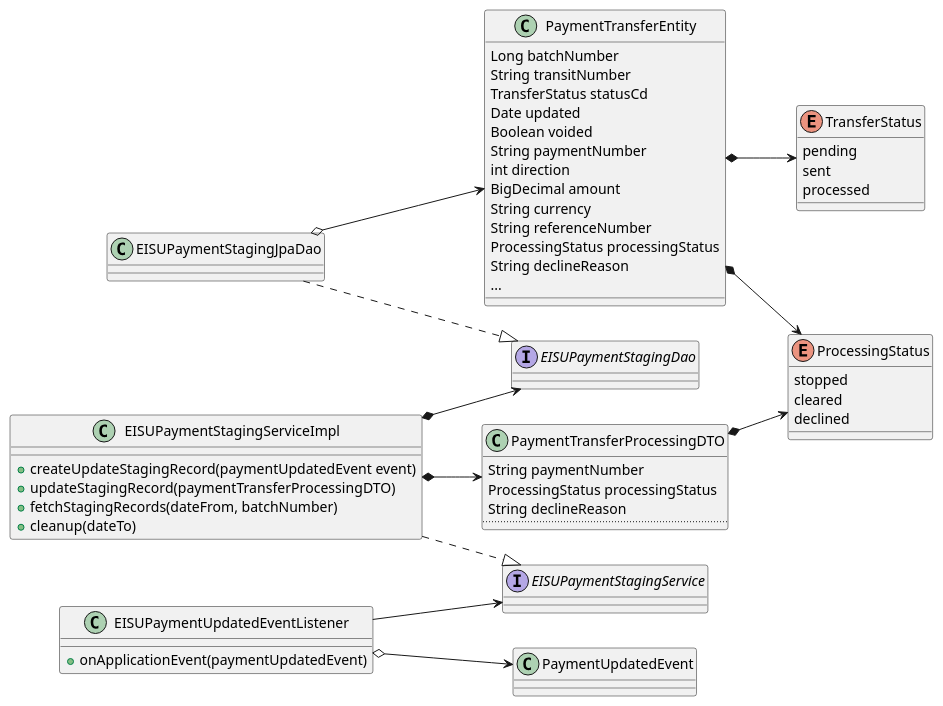
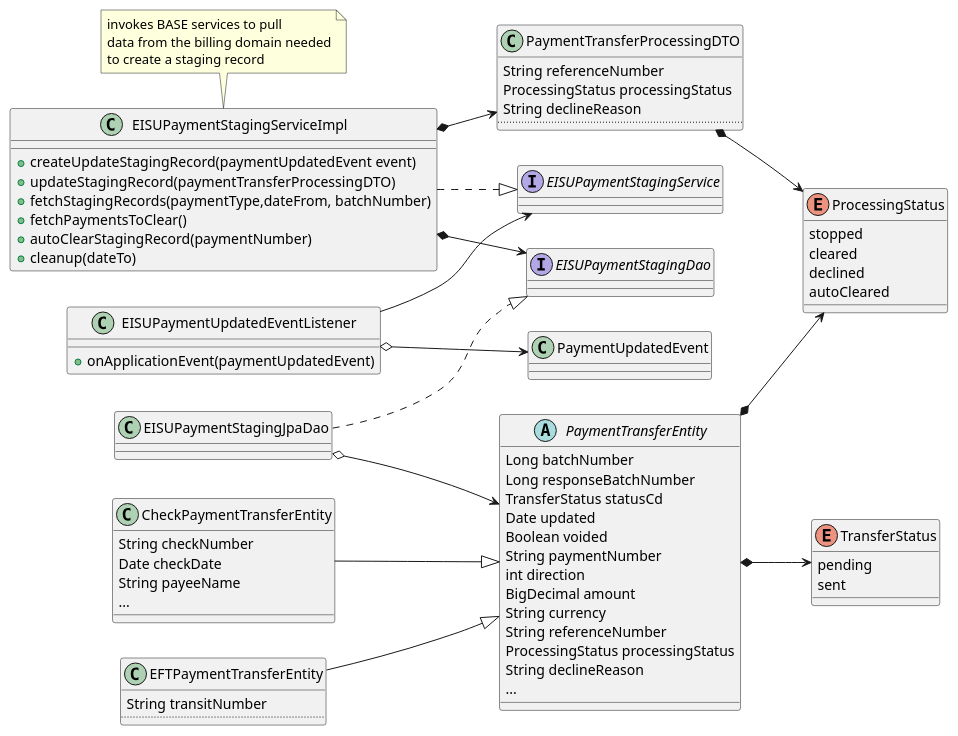
One commit to evgueni-spb/bootcamp changed the diagram in eft-staging-class-diagram.puml. Above: the diagram before and after it, drawn with PlantUML. The commit also changed 5 other files, not shown here.

Commit message:
added response and clearing class diagrams, modified staging, transfer and deployment diagrams

```diff
--- a/eft-staging-class-diagram.puml
+++ b/eft-staging-class-diagram.puml
@@ -1,82 +1,113 @@
 @startuml
 allowmixing
 
 left to right direction
 
 
 
 skinparam package {
   BackgroundColor<<LIB>> olive
   BorderColor<<LIB>> olive
 }
 
 skinparam artifact {
   BackgroundColor yellow
   BorderColor brown
 }
 
 enum TransferStatus {
 pending
 sent
-processed
 }
+
+
+class PaymentUpdatedEvent
+
+
 
 enum ProcessingStatus {
 stopped
 cleared
 declined
+autoCleared
 }
 
-class PaymentUpdatedEvent
-class PaymentTransferEntity {
+
+abstract class PaymentTransferEntity {
 Long batchNumber
-String transitNumber
+Long responseBatchNumber
 TransferStatus statusCd
 Date updated
 Boolean voided
 String paymentNumber
 int direction
 BigDecimal amount
 String currency
 String referenceNumber
 ProcessingStatus processingStatus
 String declineReason
 ...
 }
 
+class CheckPaymentTransferEntity {
+String checkNumber
+Date checkDate
+String payeeName
+...
+}
+
+
+class EFTPaymentTransferEntity {
+String transitNumber
+....
+}
+
+CheckPaymentTransferEntity --|> PaymentTransferEntity
+EFTPaymentTransferEntity --|> PaymentTransferEntity
+
 class EISUPaymentUpdatedEventListener {
 +onApplicationEvent(paymentUpdatedEvent)
 }
 
 EISUPaymentUpdatedEventListener o--> PaymentUpdatedEvent
 
 interface EISUPaymentStagingService
 class EISUPaymentStagingServiceImpl{
 +createUpdateStagingRecord(paymentUpdatedEvent event)
 +updateStagingRecord(paymentTransferProcessingDTO)
-+fetchStagingRecords(dateFrom, batchNumber)
++fetchStagingRecords(paymentType,dateFrom, batchNumber)
++fetchPaymentsToClear()
++autoClearStagingRecord(paymentNumber)
 +cleanup(dateTo)
 }
 
+note as PRA
+ invokes BASE services to pull
+ data from the billing domain needed
+ to create a staging record
+end note
+
+PRA . EISUPaymentStagingServiceImpl
+
 class PaymentTransferProcessingDTO {
-String paymentNumber
+String referenceNumber
 ProcessingStatus processingStatus
 String declineReason
 ....
 }
 
 PaymentTransferEntity *--> TransferStatus
 PaymentTransferEntity *--> ProcessingStatus
 PaymentTransferProcessingDTO *--> ProcessingStatus
 
 EISUPaymentStagingServiceImpl *--> PaymentTransferProcessingDTO
 EISUPaymentStagingJpaDao o--> PaymentTransferEntity
 
 EISUPaymentStagingServiceImpl ..|> EISUPaymentStagingService
 EISUPaymentUpdatedEventListener --> EISUPaymentStagingService
 
 interface EISUPaymentStagingDao
 class EISUPaymentStagingJpaDao
 EISUPaymentStagingJpaDao ..|> EISUPaymentStagingDao
 EISUPaymentStagingServiceImpl *--> EISUPaymentStagingDao
 @enduml
```
